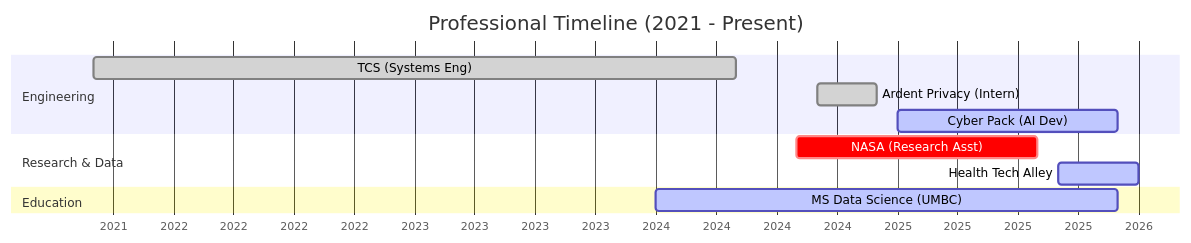
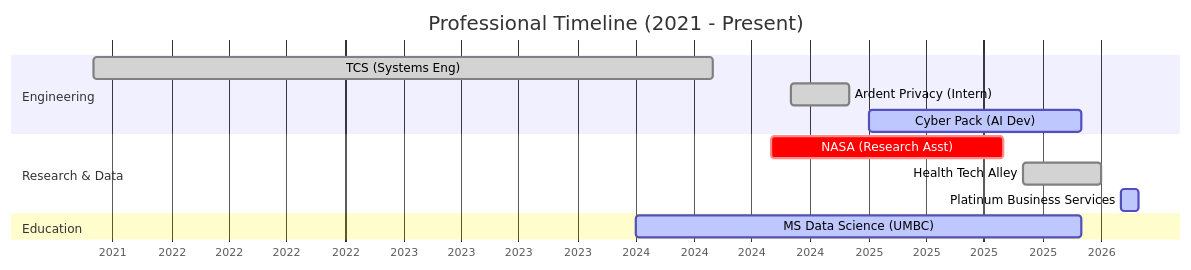
One commit to akhil1729/akhil1729 changed the diagram in README.md. Above: the diagram before and after it, drawn with Mermaid.

Commit message:
Update project status for Health Tech Alley and add Platinum Business Services

````diff
--- a/README.md
+++ b/README.md
@@ -20,18 +20,19 @@
 ```mermaid
 gantt
     title Professional Timeline (2021 - Present)
     dateFormat  YYYY-MM
     axisFormat  %Y
     
     section Engineering
     TCS (Systems Eng)      :done,    job1, 2021-09, 2024-05
     Ardent Privacy (Intern):done,    job2, 2024-09, 2024-12
     Cyber Pack (AI Dev)    :active,  job3, 2025-01, 2025-12
     
     section Research & Data
     NASA (Research Asst)   :crit,    res1, 2024-08, 2025-08
-    Health Tech Alley      :active,  res2, 2025-09, 2026-01
+    Health Tech Alley      :done,  res2, 2025-09, 2026-01
+    Platinum Business Services      :active,  res3, 2026-02, 2026-03
     
     section Education
     MS Data Science (UMBC) :active,  edu1, 2024-01, 2025-12
 ```
````
